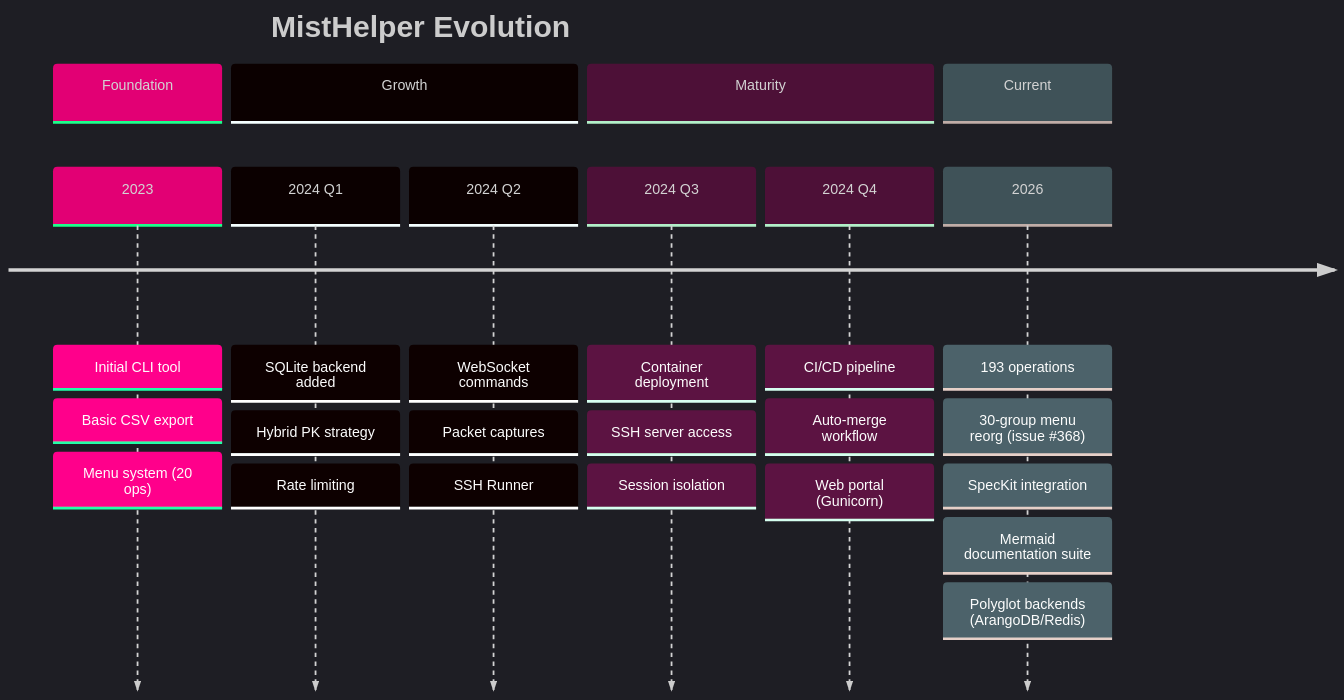
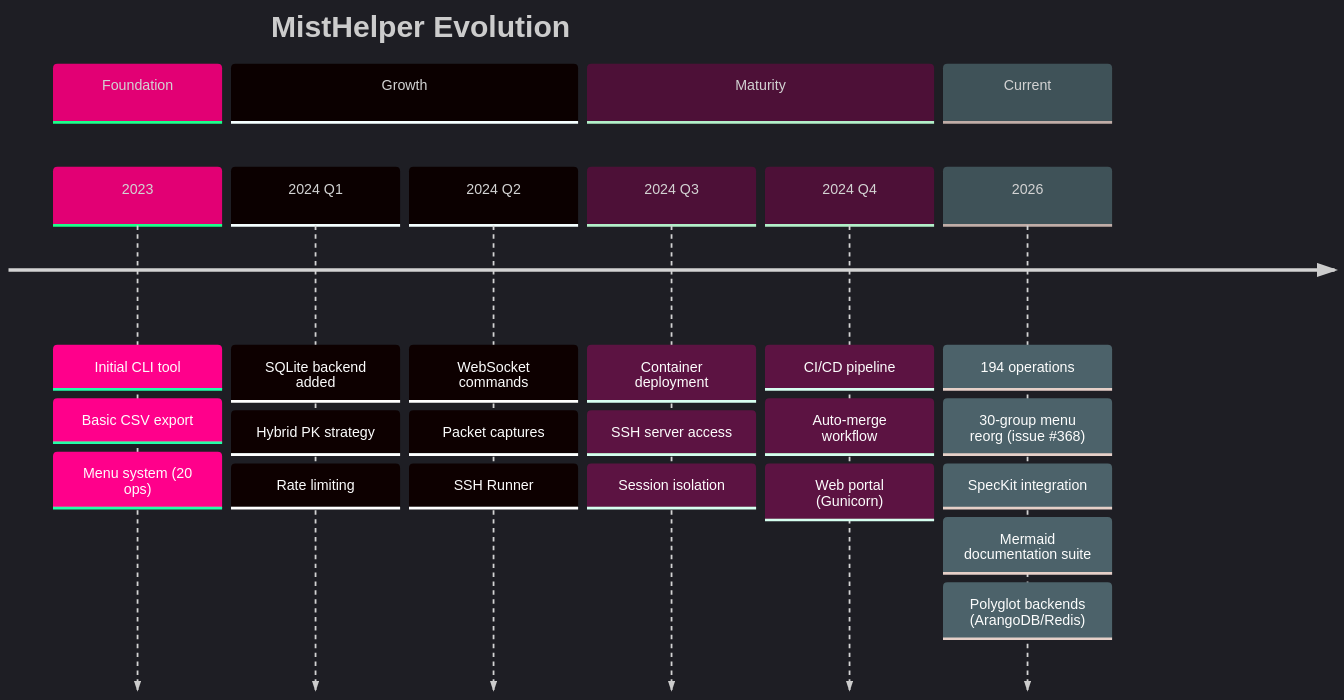
Before and after one commit to jmorrison-juniper/MistHelper: the fifth of 5 diagrams in documentation/diagrams/operations/metrics-and-analytics.md, drawn with Mermaid. The commit also changed other lines of this file and 7 other files, not shown here.

First line of the commit message:
docs: sync operation count 193->194 across README/copilot-instructions/diagrams/wiki

````diff
--- a/documentation/diagrams/operations/metrics-and-analytics.md
+++ b/documentation/diagrams/operations/metrics-and-analytics.md
@@ -149,37 +149,37 @@
 ```mermaid
 %%{init: {'theme': 'dark', 'themeVariables': {
   'primaryColor': '#E20074',
   'primaryTextColor': '#E0E0E0',
   'primaryBorderColor': '#99004D',
   'lineColor': '#FF4DA6',
   'secondaryColor': '#16213E',
   'tertiaryColor': '#1A1A2E',
   'fontFamily': 'ui-monospace, monospace'
 }}}%%
 timeline
     title MistHelper Evolution
     section Foundation
         2023 : Initial CLI tool
              : Basic CSV export
              : Menu system (20 ops)
     section Growth
         2024 Q1 : SQLite backend added
                 : Hybrid PK strategy
                 : Rate limiting
         2024 Q2 : WebSocket commands
                 : Packet captures
                 : SSH Runner
     section Maturity
         2024 Q3 : Container deployment
                 : SSH server access
                 : Session isolation
         2024 Q4 : CI/CD pipeline
                 : Auto-merge workflow
                 : Web portal (Gunicorn)
     section Current
-        2026 : 193 operations
+        2026 : 194 operations
              : 30-group menu reorg (issue #368)
              : SpecKit integration
              : Mermaid documentation suite
              : Polyglot backends (ArangoDB/Redis)
 ```
````
